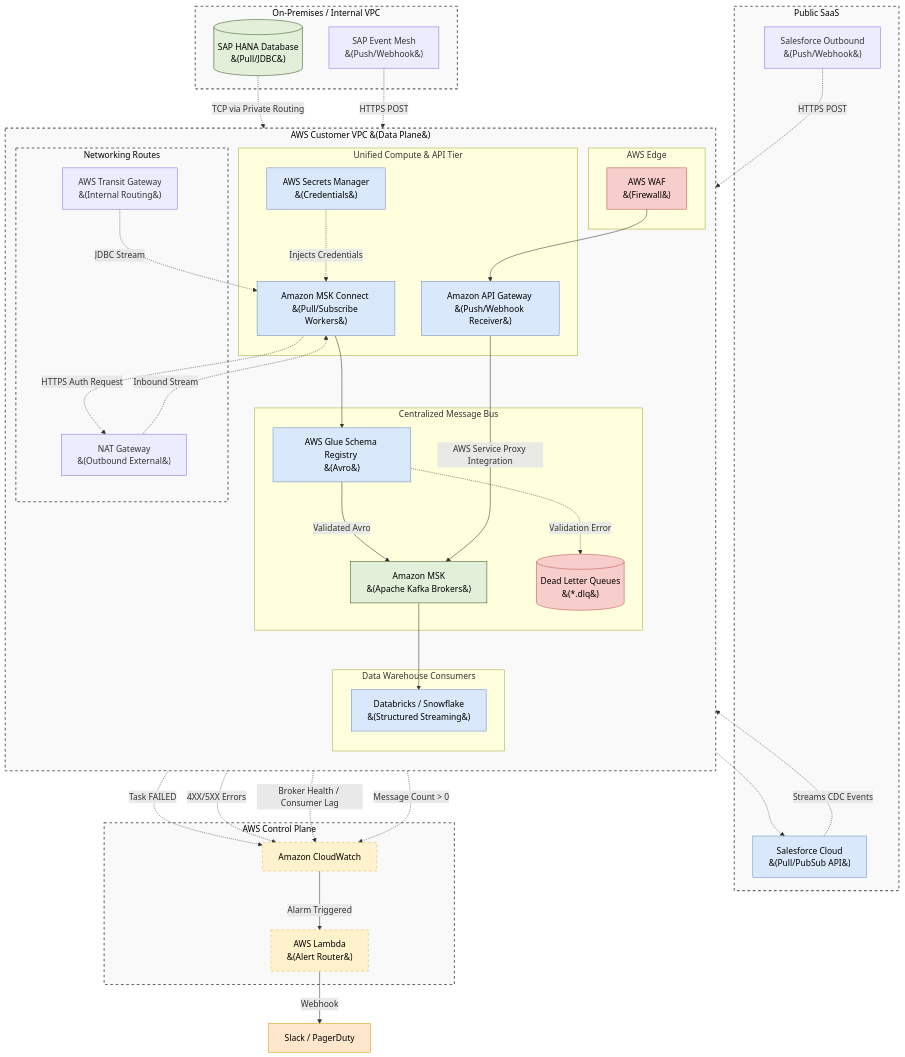
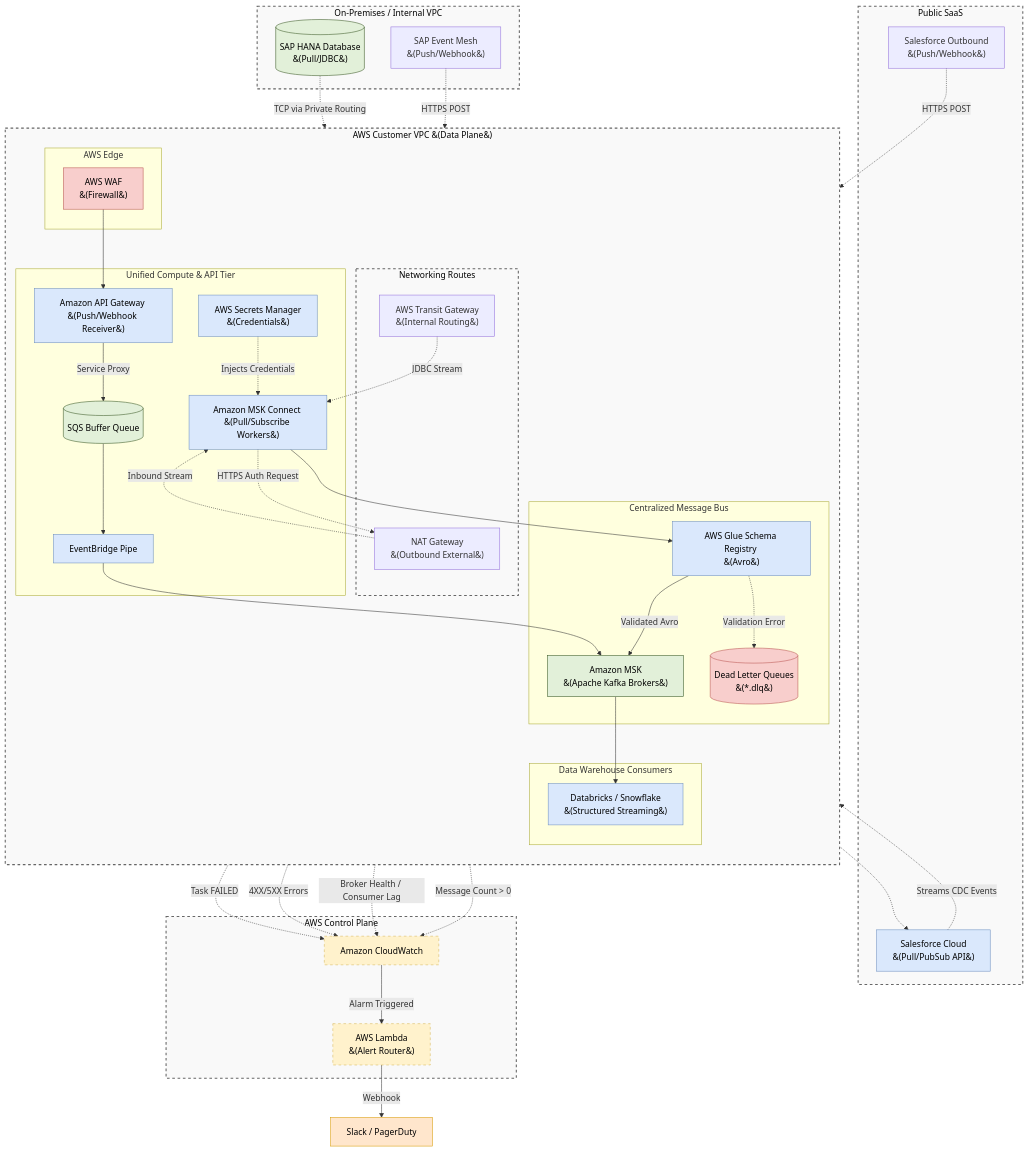
Before and after one commit to toanbui626391/data_architect: the diagram in aws/unified_source_to_msk_architecture.md, drawn with Mermaid. The commit also changed other lines of this file and 3 other files, not shown here.

```diff
--- a/aws/unified_source_to_msk_architecture.md
+++ b/aws/unified_source_to_msk_architecture.md
@@ -41,7 +41,11 @@
         subgraph IngestionTier [Unified Compute & API Tier]
             MSKConnect["Amazon MSK Connect <br>&#40;Pull/Subscribe Workers&#41;"]
             APIGateway["Amazon API Gateway <br>&#40;Push/Webhook Receiver&#41;"]
+            SQSBuffer[("SQS Buffer Queue")]
+            EBPipe["EventBridge Pipe"]
             Secrets["AWS Secrets Manager <br>&#40;Credentials&#41;"]
+            APIGateway -->|Service Proxy| SQSBuffer
+            SQSBuffer --> EBPipe
         end
 
         subgraph MessageBus [Centralized Message Bus]
@@ -85,7 +89,7 @@
     GlueRegistry -->|Validated Avro| MSK
     GlueRegistry -.->|Validation Error| DLQ
     
-    APIGateway -->|AWS Service Proxy Integration| MSK
+    EBPipe --> MSK
 
     MSK --> Databricks
 
@@ -107,8 +111,8 @@
     classDef edge fill:#f8cecc,stroke:#b85450,stroke-width:1px,color:#000;
     classDef alert fill:#ffe6cc,stroke:#d79b00,stroke-width:1px,color:#000;
     
-    class SAPHana,MSK,DLQ storage;
-    class Salesforce,MSKConnect,APIGateway,GlueRegistry,Databricks,Secrets process;
+    class SAPHana,MSK,DLQ,SQSBuffer storage;
+    class Salesforce,MSKConnect,APIGateway,GlueRegistry,Databricks,Secrets,EBPipe process;
     class WAF edge;
     class DLQ bad;
     class CloudWatch,Lambda monitor;
```
